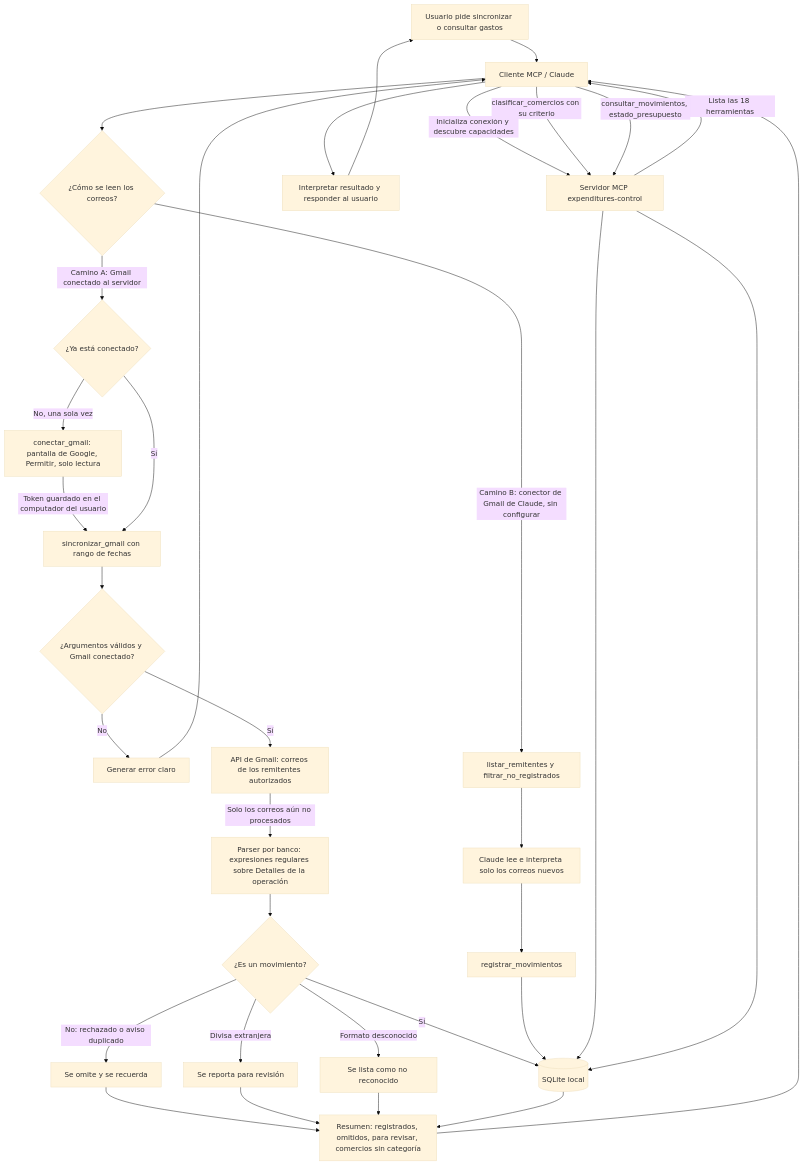
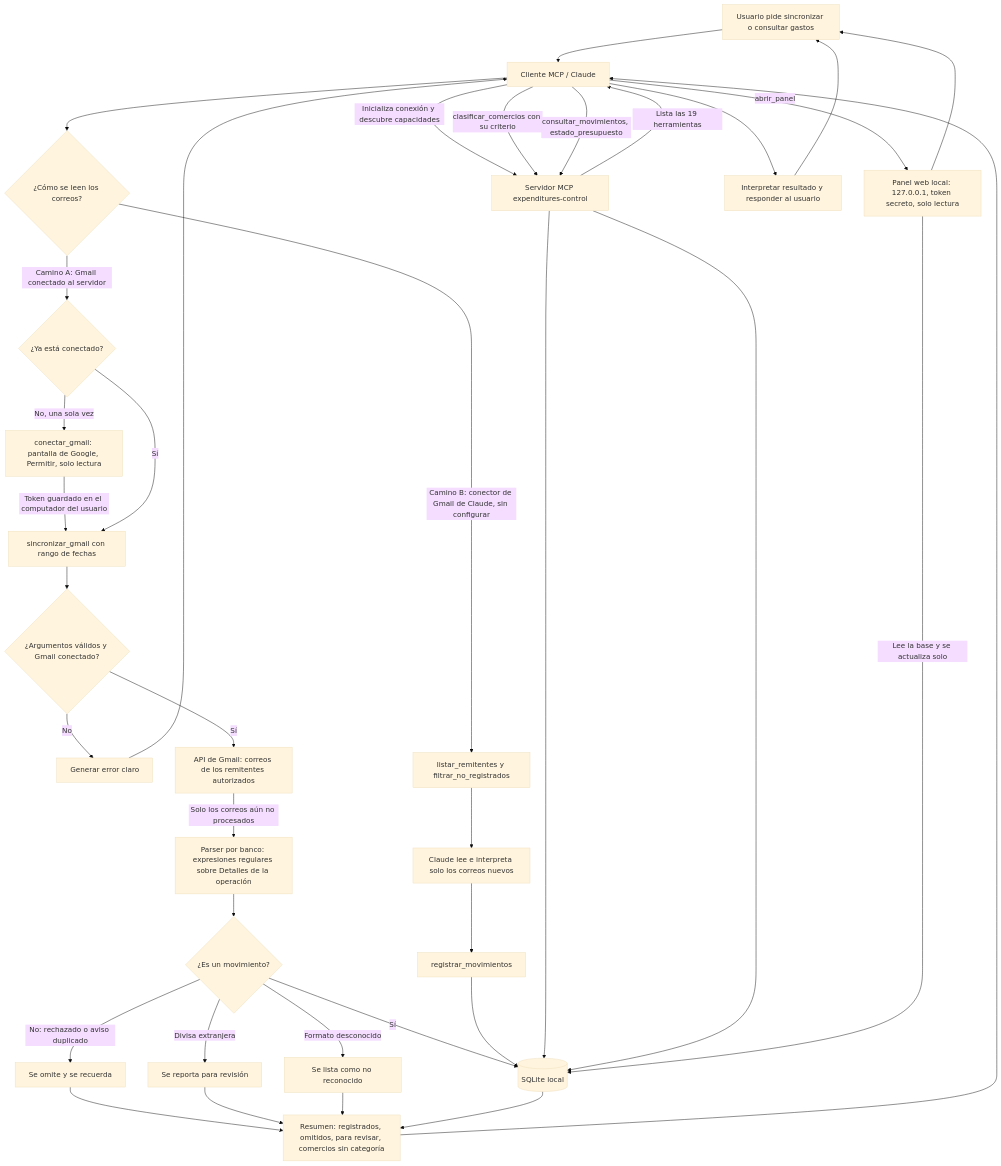
The diagram in docs/diagrama-proceso-mcp.md (estebanjc78/expenditure), drawn with Mermaid (base theme) before and after one commit. The commit also changed other lines of this file and 15 other files, not shown here.

Commit message:
feat: interactive local dashboard (pace vs last month, expandable categories, daily chart, searchable table), light/dark/mobile, demo script and screenshots

````diff
--- a/docs/diagrama-proceso-mcp.md
+++ b/docs/diagrama-proceso-mcp.md
@@ -8,41 +8,45 @@
 ```mermaid
 flowchart TD
     U["Usuario pide sincronizar o consultar gastos"] --> C["Cliente MCP / Claude"]
     C -->|"Inicializa conexión y descubre capacidades"| S["Servidor MCP expenditures-control"]
-    S -->|"Lista las 18 herramientas"| C
+    S -->|"Lista las 19 herramientas"| C
 
     C --> D{"¿Cómo se leen los correos?"}
 
     D -->|"Camino A: Gmail conectado al servidor"| A0{"¿Ya está conectado?"}
     A0 -->|"No, una sola vez"| A1["conectar_gmail: pantalla de Google, Permitir, solo lectura"]
     A1 -->|"Token guardado en el computador del usuario"| A2
     A0 -->|"Sí"| A2["sincronizar_gmail con rango de fechas"]
     A2 --> V{"¿Argumentos válidos y Gmail conectado?"}
     V -->|"No"| E["Generar error claro"]
     E --> C
     V -->|"Sí"| G["API de Gmail: correos de los remitentes autorizados"]
     G -->|"Solo los correos aún no procesados"| P["Parser por banco: expresiones regulares sobre Detalles de la operación"]
     P --> K{"¿Es un movimiento?"}
     K -->|"No: rechazado o aviso duplicado"| X["Se omite y se recuerda"]
     K -->|"Divisa extranjera"| R["Se reporta para revisión"]
     K -->|"Formato desconocido"| Y["Se lista como no reconocido"]
     K -->|"Sí"| DB[("SQLite local")]
     X --> F["Resumen: registrados, omitidos, para revisar, comercios sin categoría"]
     R --> F
     Y --> F
     DB --> F
     F --> C
 
     D -->|"Camino B: conector de Gmail de Claude, sin configurar"| B1["listar_remitentes y filtrar_no_registrados"]
     B1 --> B2["Claude lee e interpreta solo los correos nuevos"]
     B2 --> B3["registrar_movimientos"]
     B3 --> DB
 
     C -->|"clasificar_comercios con su criterio"| S
     S --> DB
     C -->|"consultar_movimientos, estado_presupuesto"| S
     S --> DB
 
+    C -->|"abrir_panel"| W["Panel web local: 127.0.0.1, token secreto, solo lectura"]
+    W -->|"Lee la base y se actualiza solo"| DB
+    W --> U
+
     C --> A["Interpretar resultado y responder al usuario"]
     A --> U
 ```
````
